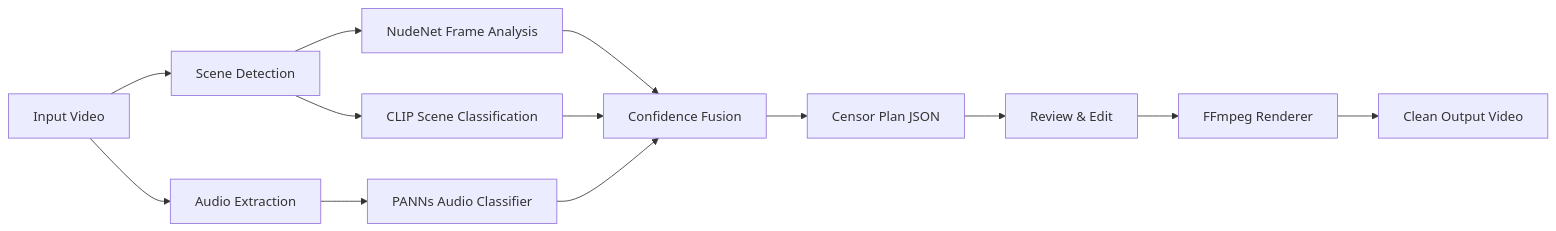
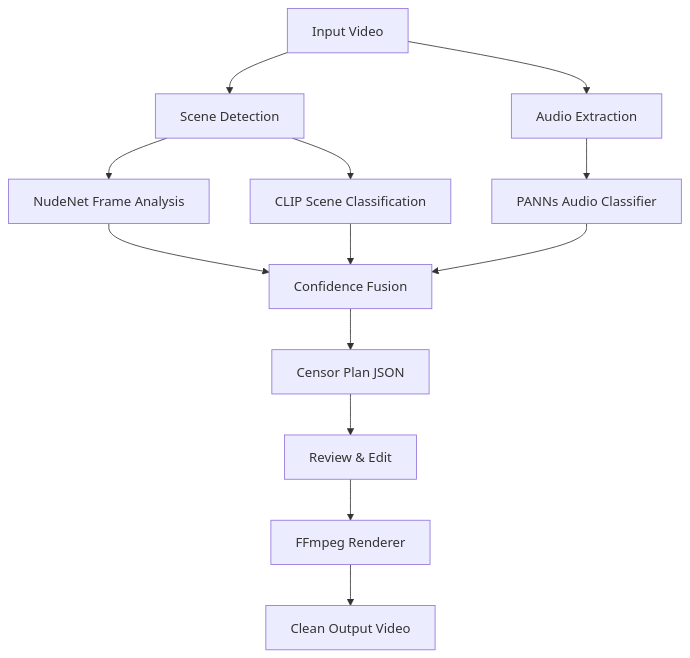
The diagram in README.md (MayonaiseLover/PureFrame), drawn with Mermaid before and after one commit.

Commit message:
docs: use flowchart TD in README for better mermaid readability

````diff
--- a/README.md
+++ b/README.md
@@ -103,15 +103,15 @@
 ```mermaid
-graph LR
+flowchart TD
     A[Input Video] --> B[Scene Detection]
     A --> C[Audio Extraction]
     B --> D[NudeNet Frame Analysis]
     B --> D2[CLIP Scene Classification]
     C --> E[PANNs Audio Classifier]
     D --> F[Confidence Fusion]
     D2 --> F
     E --> F
     F --> G[Censor Plan JSON]
     G --> H[Review & Edit]
     H --> I[FFmpeg Renderer]
     I --> J[Clean Output Video]
 ```
````
